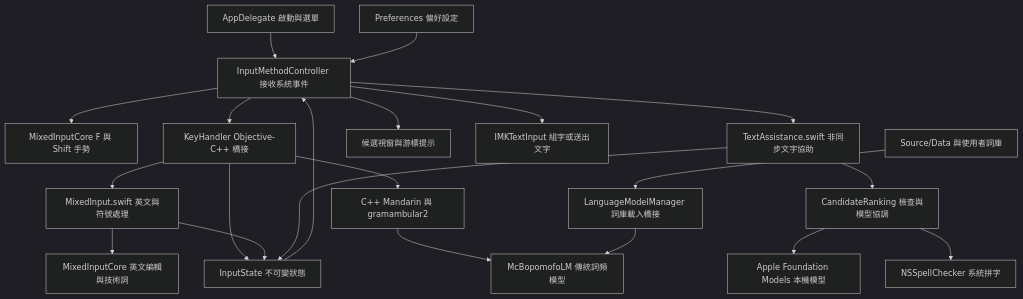
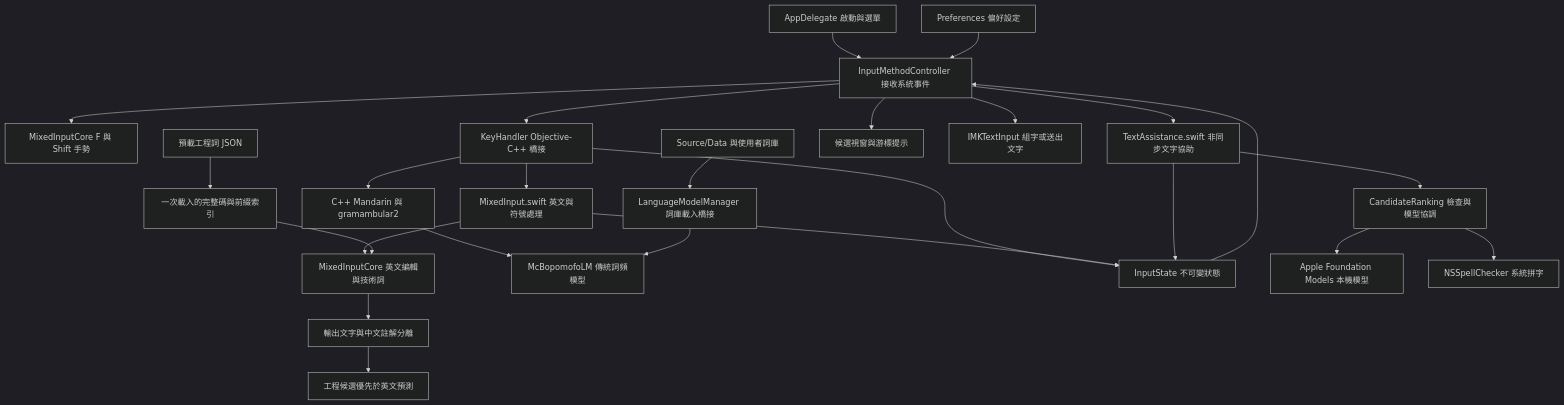
The first of 8 diagrams in docs/architecture.md (edwardhome/AI-Bopomofo), drawn with Mermaid (dark theme) before and after one commit. The commit also changed other lines of this file and 25 other files, not shown here.

````diff
--- a/docs/architecture.md
+++ b/docs/architecture.md
@@ -9,23 +9,27 @@
 ```mermaid
 flowchart TD
     App[AppDelegate 啟動與選單] --> Controller[InputMethodController 接收系統事件]
     Preferences[Preferences 偏好設定] --> Controller
     Controller --> Gesture[MixedInputCore F 與 Shift 手勢]
     Controller --> Bridge[KeyHandler Objective-C++ 橋接]
     Bridge --> Mixed[MixedInput.swift 英文與符號處理]
     Mixed --> Core[MixedInputCore 英文編輯與技術詞]
+    Engineering[預載工程詞 JSON] --> Index[一次載入的完整碼與前綴索引]
+    Index --> Core
+    Core --> CandidateMetadata[輸出文字與中文註解分離]
+    CandidateMetadata --> PredictionGate[工程候選優先於英文預測]
     Bridge --> Engine[C++ Mandarin 與 gramambular2]
     Engine --> LM[McBopomofoLM 傳統詞頻模型]
     Manager[LanguageModelManager 詞庫載入橋接] --> LM
     Data[Source/Data 與使用者詞庫] --> Manager
     Bridge --> State[InputState 不可變狀態]
     Mixed --> State
     State --> Controller
     Controller --> UI[候選視窗與游標提示]
     Controller --> Client[IMKTextInput 組字或送出文字]
     Controller --> Assistance[TextAssistance.swift 非同步文字協助]
     Assistance --> Ranking[CandidateRanking 檢查與模型協調]
     Ranking --> Apple[Apple Foundation Models 本機模型]
     Ranking --> Spell[NSSpellChecker 系統拼字]
     Assistance --> State
 ```
````
